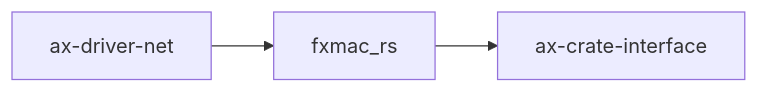
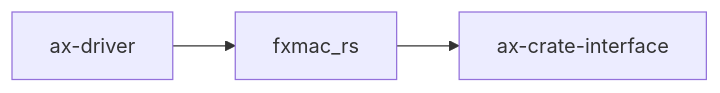
Before and after one commit to rcore-os/tgoskits: the diagram in docs/docs/components/crates/fxmac-rs.md, drawn with Mermaid. The commit also changed other lines of this file and 90 other files, not shown here.

````diff
--- a/docs/docs/components/crates/fxmac-rs.md
+++ b/docs/docs/components/crates/fxmac-rs.md
@@ -37,6 +37,6 @@
 ```mermaid
 graph LR
     current["fxmac_rs"]
     current --> ax_crate_interface["ax-crate-interface"]
-    ax_driver_net["ax-driver-net"] --> current
+    ax_driver["ax-driver"] --> current
 ```
````
